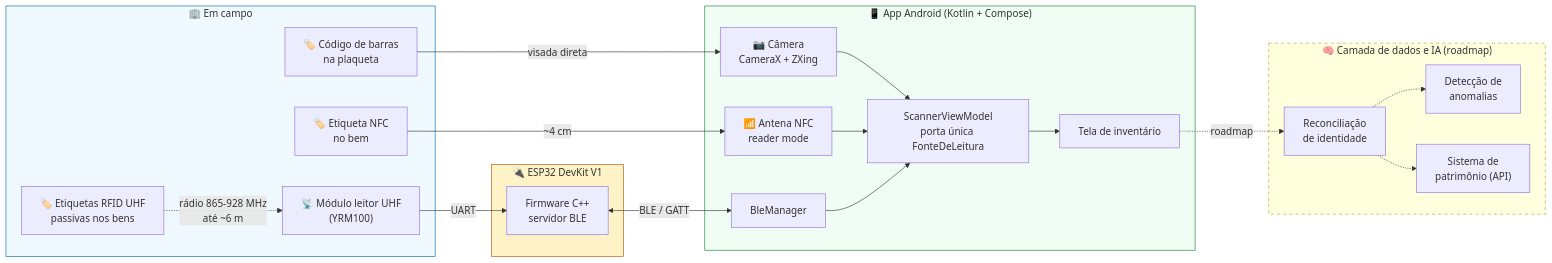
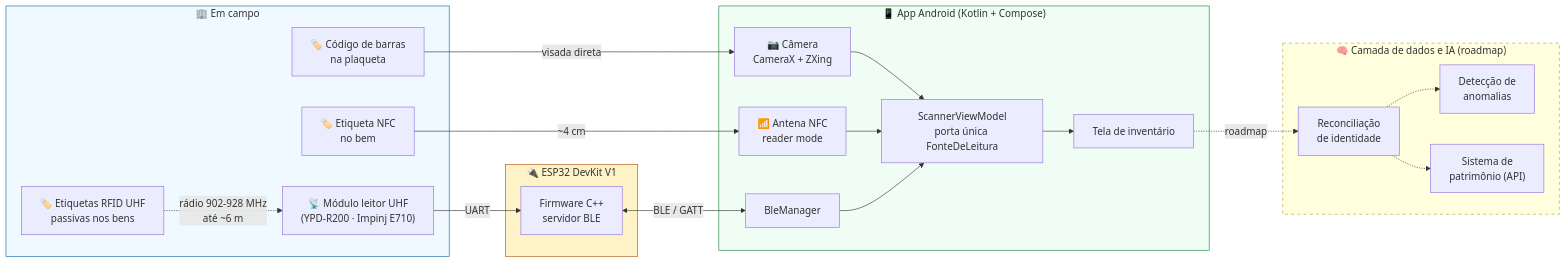
One commit to maia-andre/patrimonio-inteligente changed the first of 2 diagrams in README.md. Above: the diagram before and after it, drawn with Mermaid. The commit also changed other lines of this file and 1 other file, not shown here.

First line of the commit message:
README e CONTRIBUTING: modulo UHF na bancada, YRM100 vira YPD-R200

````diff
--- a/README.md
+++ b/README.md
@@ -70,45 +70,45 @@
 ```mermaid
 graph LR
     subgraph Campo["🏢 Em campo"]
         TAG["🏷️ Etiquetas RFID UHF<br/>passivas nos bens"]
         BAR["🏷️ Código de barras<br/>na plaqueta"]
         NTAG["🏷️ Etiqueta NFC<br/>no bem"]
-        LEITOR["📡 Módulo leitor UHF<br/>(YRM100)"]
-        TAG -.->|"rádio 865-928 MHz<br/>até ~6 m"| LEITOR
+        LEITOR["📡 Módulo leitor UHF<br/>(YPD-R200 · Impinj E710)"]
+        TAG -.->|"rádio 902-928 MHz<br/>até ~6 m"| LEITOR
     end
 
     subgraph Embarcado["🔌 ESP32 DevKit V1"]
         FIRM["Firmware C++<br/>servidor BLE"]
         LEITOR -->|UART| FIRM
     end
 
     subgraph App["📱 App Android (Kotlin + Compose)"]
         CAM["📷 Câmera<br/>CameraX + ZXing"]
         NFC["📶 Antena NFC<br/>reader mode"]
         BLEMGR["BleManager"]
         VM["ScannerViewModel<br/>porta única FonteDeLeitura"]
         UI["Tela de inventário"]
         CAM --> VM
         NFC --> VM
         BLEMGR --> VM
         VM --> UI
     end
 
     subgraph Backoffice["🧠 Camada de dados e IA (roadmap)"]
         RECON["Reconciliação<br/>de identidade"]
         ANOM["Detecção de<br/>anomalias"]
         SIST["Sistema de<br/>patrimônio (API)"]
     end
 
     BAR -->|"visada direta"| CAM
     NTAG -->|"~4 cm"| NFC
     FIRM <-->|"BLE / GATT"| BLEMGR
     UI -.->|roadmap| RECON
     RECON -.-> SIST
     RECON -.-> ANOM
 
     style Backoffice stroke-dasharray: 5 5
     style Campo fill:#f0f9ff,stroke:#0369a1
     style Embarcado fill:#fef3c7,stroke:#b45309
     style App fill:#f0fdf4,stroke:#15803d
 ```
````
